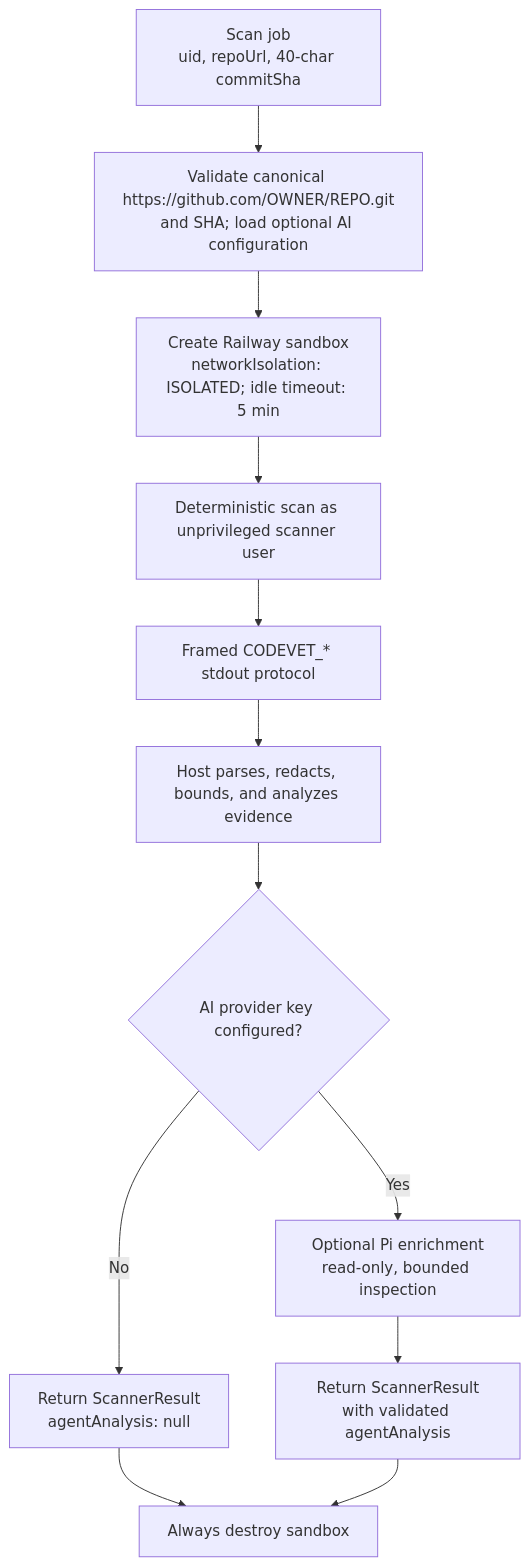
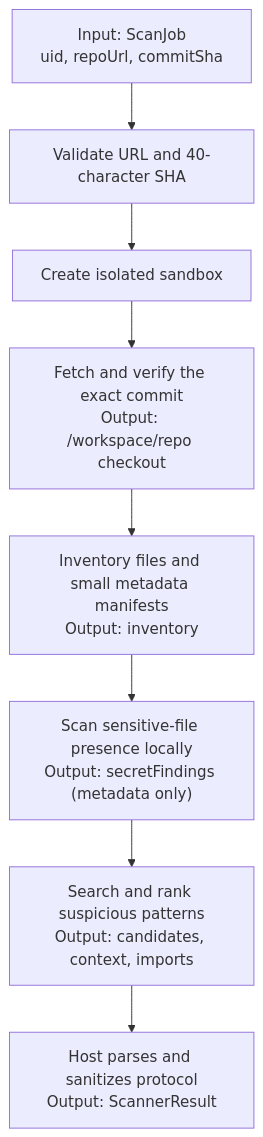
One commit to Tarun-Elango/codevet-worker changed the first of 2 diagrams in flow.md. Above: the diagram before and after it, drawn with Mermaid. The commit also changed other lines of this file and 4 other files, not shown here.

````diff
--- a/flow.md
+++ b/flow.md
@@ -5,14 +9,10 @@
 ```mermaid
 flowchart TD
-  J["Scan job\nuid, repoUrl, 40-char commitSha"] --> V["Validate canonical https://github.com/OWNER/REPO.git\nand SHA; load optional AI configuration"]
-  V --> S["Create Railway sandbox\nnetworkIsolation: ISOLATED; idle timeout: 5 min"]
-  S --> D["Deterministic scan as unprivileged scanner user"]
-  D --> P["Framed CODEVET_* stdout protocol"]
-  P --> H["Host parses, redacts, bounds, and analyzes evidence"]
-  H --> A{"AI provider key configured?"}
-  A -- No --> R["Return ScannerResult\nagentAnalysis: null"]
-  A -- Yes --> PI["Optional Pi enrichment\nread-only, bounded inspection"]
-  PI --> R2["Return ScannerResult\nwith validated agentAnalysis"]
-  R --> X["Always destroy sandbox"]
-  R2 --> X
+  J["Input: ScanJob\nuid, repoUrl, commitSha"] --> V["Validate URL and 40-character SHA"]
+  V --> S["Create isolated sandbox"]
+  S --> C["Fetch and verify the exact commit\nOutput: /workspace/repo checkout"]
+  C --> I["Inventory files and small metadata manifests\nOutput: inventory"]
+  I --> P["Scan sensitive-file presence locally\nOutput: secretFindings (metadata only)"]
+  P --> D["Search and rank suspicious patterns\nOutput: candidates, context, imports"]
+  D --> H["Host parses and sanitizes protocol\nOutput: ScannerResult"]
 ```
````
